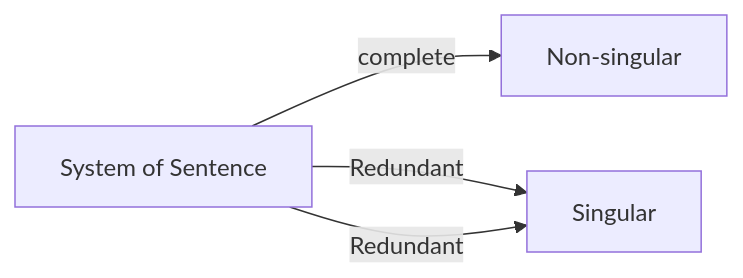
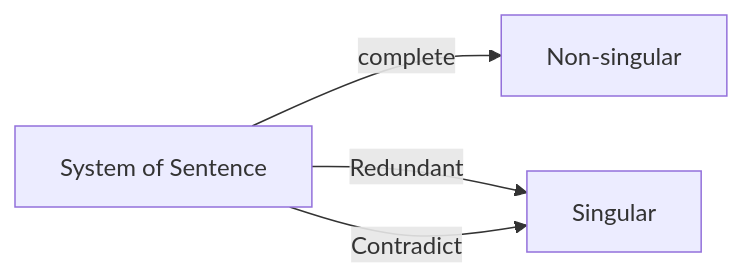
Before and after one commit to Chaeguevara/chaeguevara.github.io: the diagram in content/스터디/선형대수/Andrw-LA/Week1-Specialization Introduction.md, drawn with Mermaid. The commit also changed 2 other files, not shown here.

Commit message:
update contents

````diff
--- a/content/스터디/선형대수/Andrw-LA/Week1-Specialization Introduction.md
+++ b/content/스터디/선형대수/Andrw-LA/Week1-Specialization Introduction.md
@@ -24,6 +24,6 @@
 ```mermaid
 graph LR
 	A[System of Sentence] -- complete --> B[Non-singular]
 	A -- Redundant --> C[Singular]
-	A -- Redundant --> C
+	A -- Contradict --> C
 ```
````
